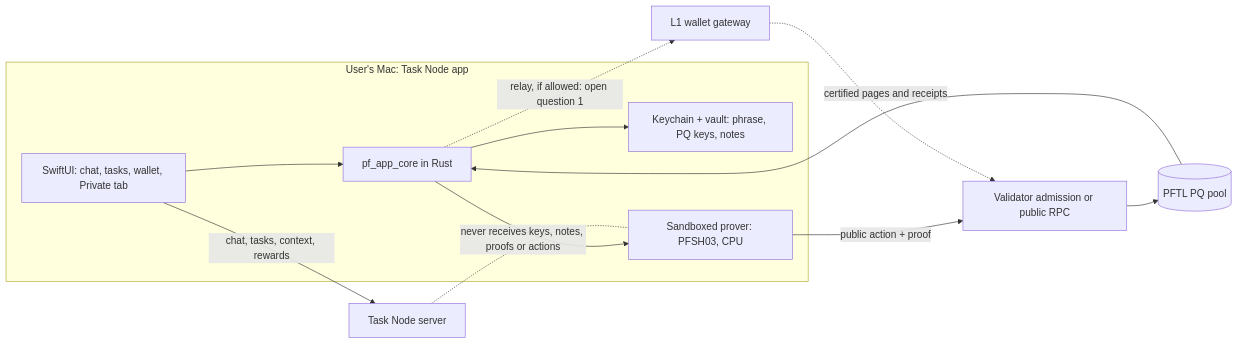
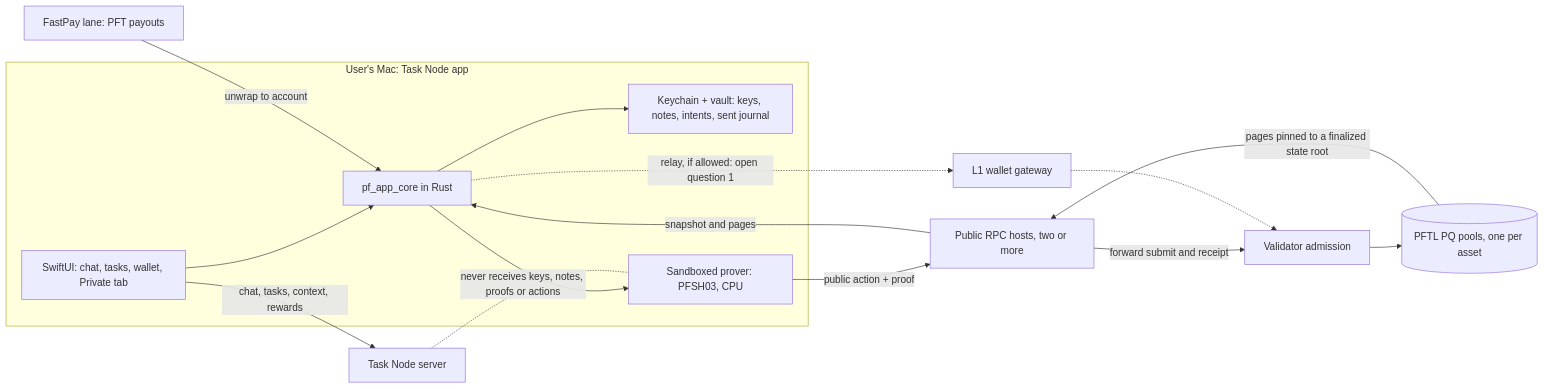
Before and after one commit to postfiatorg/postfiatl1v2: the first of 2 diagrams in big_milestone/pillars/05-local-task-node.md, drawn with Mermaid. The commit also changed other lines of this file and 22 other files, not shown here.

````diff
--- a/big_milestone/pillars/05-local-task-node.md
+++ b/big_milestone/pillars/05-local-task-node.md
@@ -49,15 +52,18 @@
 ```mermaid
 flowchart LR
     subgraph MAC["User's Mac: Task Node app"]
       UI["SwiftUI: chat, tasks, wallet, Private tab"] --> CORE["pf_app_core in Rust"]
-      CORE --> KV["Keychain + vault: phrase, PQ keys, notes"]
+      CORE --> KV["Keychain + vault: keys, notes, intents, sent journal"]
       CORE --> PR["Sandboxed prover: PFSH03, CPU"]
     end
     UI -- "chat, tasks, context, rewards" --> TN["Task Node server"]
-    PR -- "public action + proof" --> ADM["Validator admission or public RPC"]
+    FP["FastPay lane: PFT payouts"] -- "unwrap to account" --> CORE
+    PR -- "public action + proof" --> RPC["Public RPC hosts, two or more"]
+    RPC -- "forward submit and receipt" --> ADM["Validator admission"]
     CORE -. "relay, if allowed: open question 1" .-> GW["L1 wallet gateway"]
     GW -.-> ADM
-    ADM --> PFTL[("PFTL PQ pool")]
-    PFTL -- "certified pages and receipts" --> CORE
+    ADM --> PFTL[("PFTL PQ pools, one per asset")]
+    PFTL -- "pages pinned to a finalized state root" --> RPC
+    RPC -- "snapshot and pages" --> CORE
     TN -. "never receives keys, notes, proofs or actions" .- PR
 ```
````
